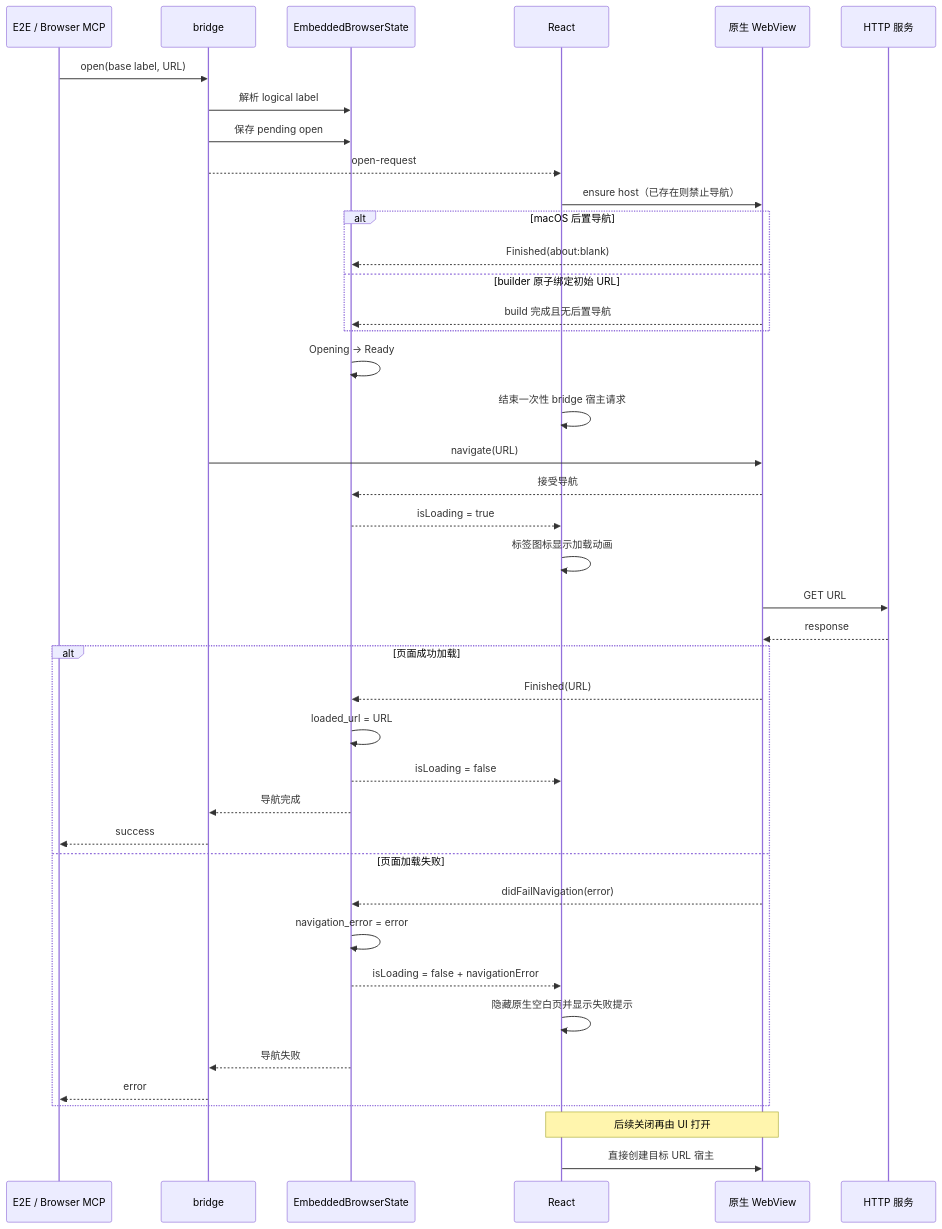
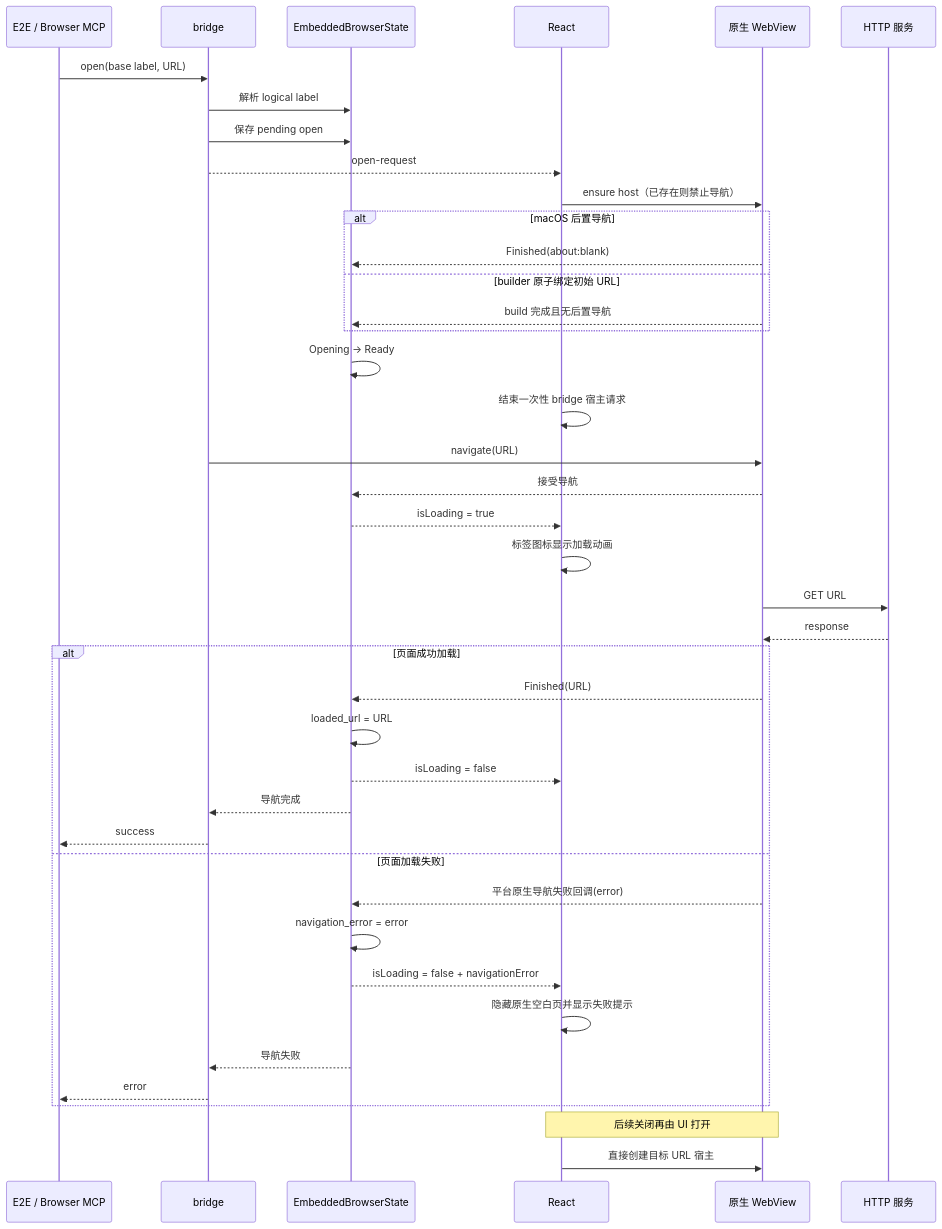
One commit to wecode-ai/Wegent changed the second of 2 diagrams in docs/zh/architecture/embedded-browser.md. Above: the diagram before and after it, drawn with Mermaid. The commit also changed other lines of this file and 4 other files, not shown here.

````diff
--- a/docs/zh/architecture/embedded-browser.md
+++ b/docs/zh/architecture/embedded-browser.md
@@ -36,45 +36,45 @@
 ```mermaid
 sequenceDiagram
     participant C as E2E / Browser MCP
     participant B as bridge
     participant S as EmbeddedBrowserState
     participant R as React
     participant W as 原生 WebView
     participant H as HTTP 服务
 
     C->>B: open(base label, URL)
     B->>S: 解析 logical label
     B->>S: 保存 pending open
     B-->>R: open-request
     R->>W: ensure host（已存在则禁止导航）
     alt macOS 后置导航
         W-->>S: Finished(about:blank)
     else builder 原子绑定初始 URL
         W-->>S: build 完成且无后置导航
     end
     S->>S: Opening -> Ready
     R->>R: 结束一次性 bridge 宿主请求
     B->>W: navigate(URL)
     W-->>S: 接受导航
     S-->>R: isLoading = true
     R->>R: 标签图标显示加载动画
     W->>H: GET URL
     H-->>W: response
     alt 页面成功加载
         W-->>S: Finished(URL)
         S->>S: loaded_url = URL
         S-->>R: isLoading = false
         S-->>B: 导航完成
         B-->>C: success
     else 页面加载失败
-        W-->>S: didFailNavigation(error)
+        W-->>S: 平台原生导航失败回调(error)
         S->>S: navigation_error = error
         S-->>R: isLoading = false + navigationError
         R->>R: 隐藏原生空白页并显示失败提示
         S-->>B: 导航失败
         B-->>C: error
     end
 
     Note over R,W: 后续关闭再由 UI 打开
     R->>W: 直接创建目标 URL 宿主
 ```
````
